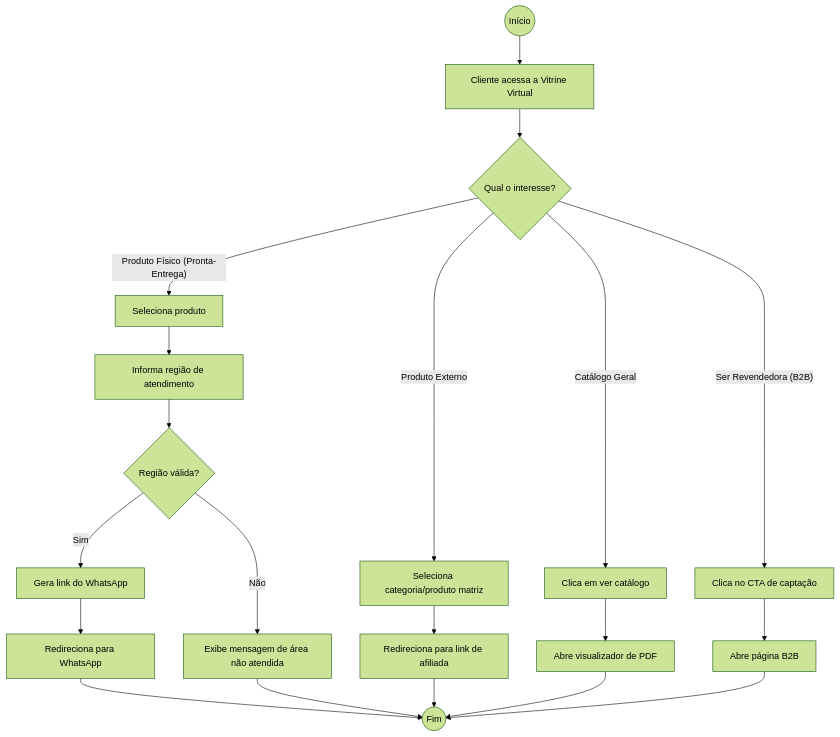
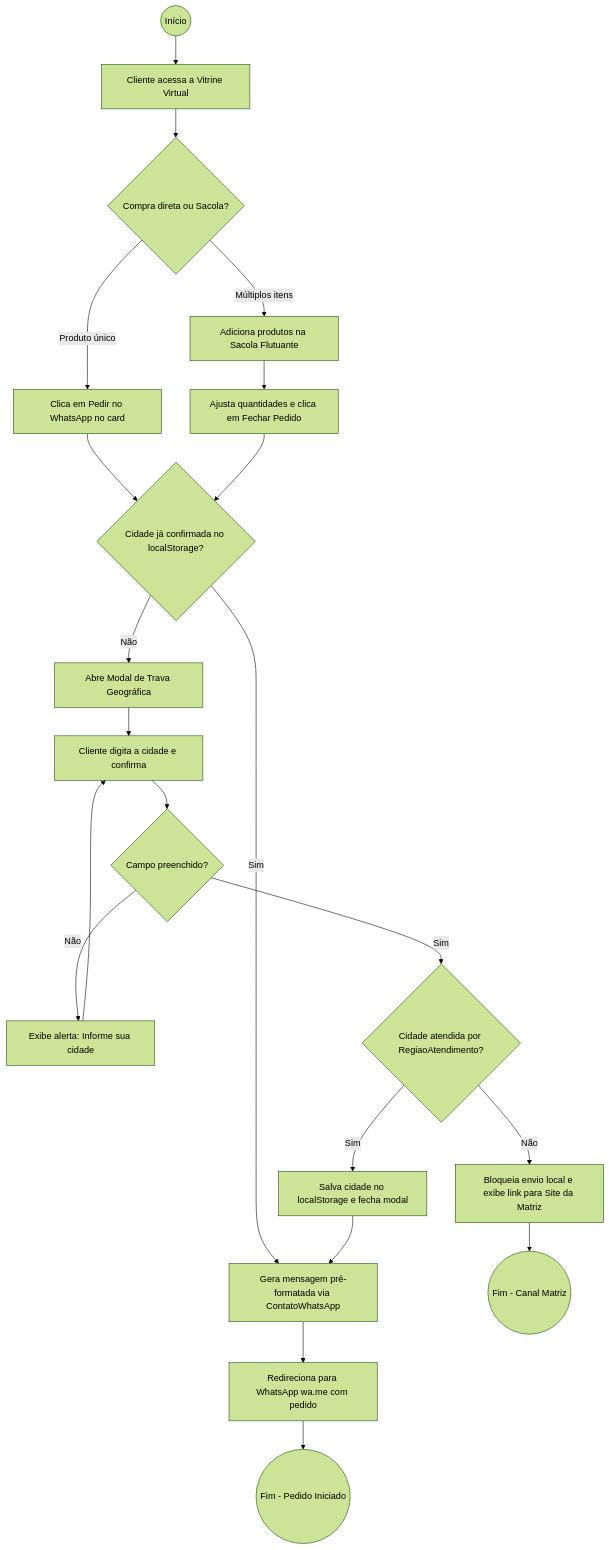
Before and after one commit to LuHenRe/Projeto-Revendedora-Atlantica-Natural: the diagram in docs/arquitetura/12-diagrama-atividades.md, drawn with Mermaid (forest theme). The commit also changed other lines of this file and 15 other files, not shown here.

Commit message:
docs: adiciona segunda apresentacao e atualiza diagramas e requisitos

````diff
--- a/docs/arquitetura/12-diagrama-atividades.md
+++ b/docs/arquitetura/12-diagrama-atividades.md
@@ -5,27 +7,29 @@
 ```mermaid
 flowchart TD
     Start((Início)) --> A1[Cliente acessa a Vitrine Virtual]
-    A1 --> D1{Qual o interesse?}
-    
-    D1 -- Produto Físico (Pronta-Entrega) --> A2[Seleciona produto]
-    A2 --> A3[Informa região de atendimento]
-    A3 --> D2{Região válida?}
-    D2 -- Sim --> A4[Gera link do WhatsApp]
-    A4 --> A5[Redireciona para WhatsApp]
-    D2 -- Não --> A6[Exibe mensagem de área não atendida]
-    
-    D1 -- Produto Externo --> A7[Seleciona categoria/produto matriz]
-    A7 --> A8[Redireciona para link de afiliada]
-    
-    D1 -- Catálogo Geral --> A9[Clica em ver catálogo]
-    A9 --> A10[Abre visualizador de PDF]
-    
-    D1 -- Ser Revendedora (B2B) --> A11[Clica no CTA de captação]
-    A11 --> A12[Abre página B2B]
-    
-    A5 --> End((Fim))
-    A6 --> End
-    A8 --> End
-    A10 --> End
-    A12 --> End
+    A1 --> D1{Compra direta ou Sacola?}
+
+    D1 -- Produto único --> A2[Clica em Pedir no WhatsApp no card]
+    D1 -- Múltiplos itens --> A3[Adiciona produtos na Sacola Flutuante]
+    A3 --> A4[Ajusta quantidades e clica em Fechar Pedido]
+
+    A2 --> D2{Cidade já confirmada no localStorage?}
+    A4 --> D2
+
+    D2 -- Sim --> A9[Gera mensagem pré-formatada via ContatoWhatsApp]
+    D2 -- Não --> A5[Abre Modal de Trava Geográfica]
+
+    A5 --> A6[Cliente digita a cidade e confirma]
+    A6 --> D3{Campo preenchido?}
+    D3 -- Não --> A7[Exibe alerta: Informe sua cidade]
+    A7 --> A6
+
+    D3 -- Sim --> D4{Cidade atendida por RegiaoAtendimento?}
+    D4 -- Não --> A8[Bloqueia envio local e exibe link para Site da Matriz]
+    A8 --> EndAlt((Fim - Canal Matriz))
+
+    D4 -- Sim --> A8b[Salva cidade no localStorage e fecha modal]
+    A8b --> A9
+    A9 --> A10[Redireciona para WhatsApp wa.me com pedido]
+    A10 --> EndOk((Fim - Pedido Iniciado))
 ```
````
